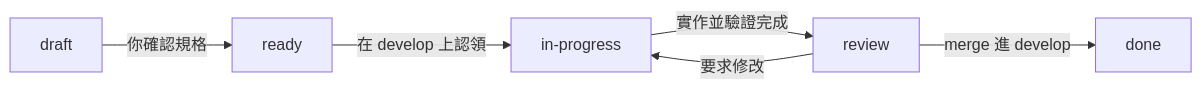
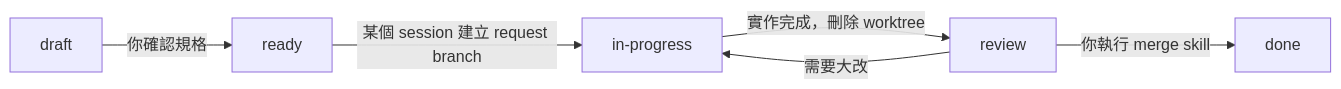
One commit to initialapex/ss-workflow changed the diagram in README-zh-TW.md. Above: the diagram before and after it, drawn with Mermaid. The commit also changed other lines of this file and 3 other files, not shown here.

First line of the commit message:
docs: describe the revised flow and the review skill

````diff
--- a/README-zh-TW.md
+++ b/README-zh-TW.md
@@ -23,8 +26,8 @@
 ```mermaid
 flowchart LR
     draft -->|你確認規格| ready
-    ready -->|在 develop 上認領| in-progress
-    in-progress -->|實作並驗證完成| review
-    review -->|要求修改| in-progress
-    review -->|merge 進 develop| done
+    ready -->|某個 session 建立 request branch| in-progress
+    in-progress -->|實作完成，刪除 worktree| review
+    review -->|需要大改| in-progress
+    review -->|你執行 merge skill| done
 ```
````
